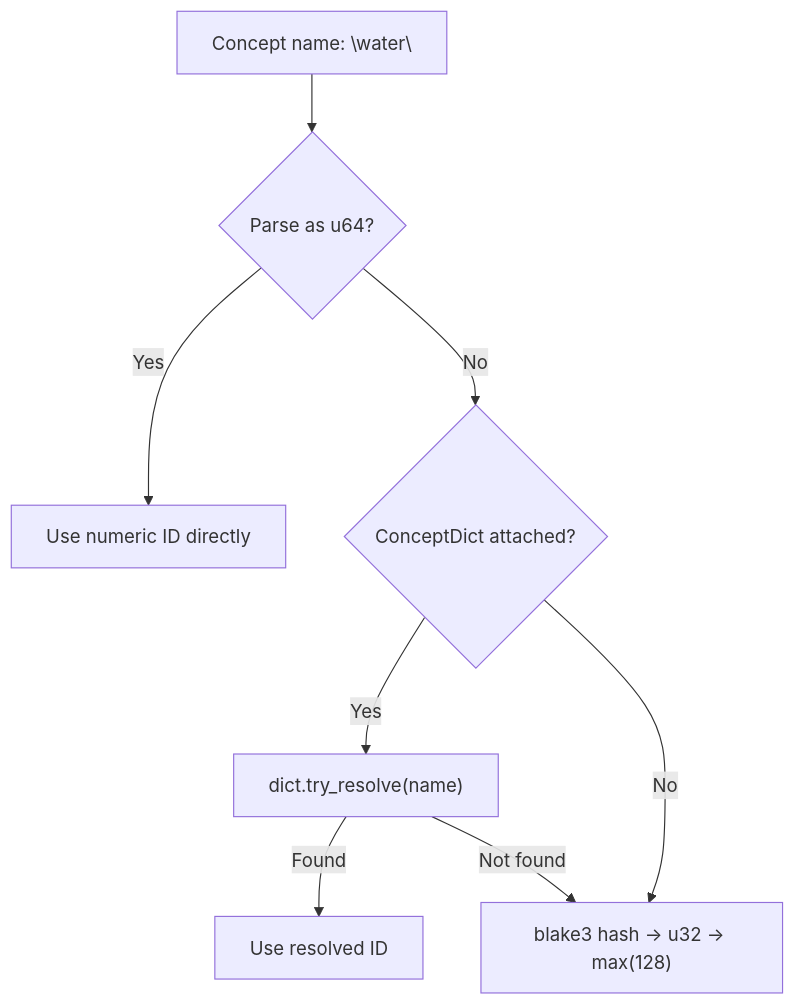
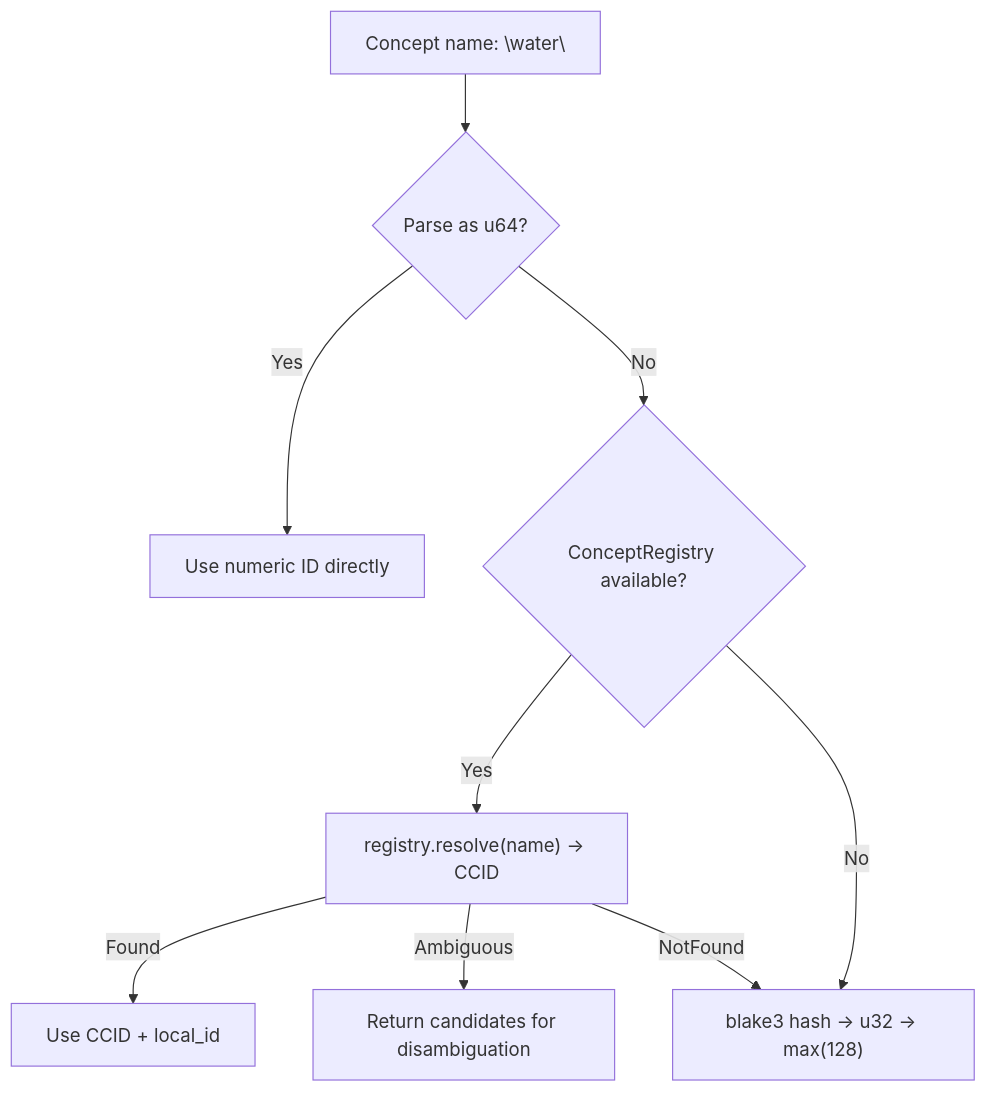
One commit to shpy2001gemi/OneBrain changed the third of 3 diagrams in docs/specs/KQL_SPEC.md. Above: the diagram before and after it, drawn with Mermaid. The commit also changed other lines of this file and 76 other files, not shown here.

````diff
--- a/docs/specs/KQL_SPEC.md
+++ b/docs/specs/KQL_SPEC.md
@@ -917,10 +929,11 @@
 ```mermaid
 flowchart TD
     A["Concept name: \"water\""] --> B{"Parse as u64?"}
     B -->|Yes| C["Use numeric ID directly"]
-    B -->|No| D{"ConceptDict attached?"}
-    D -->|Yes| E["dict.try_resolve(name)"]
-    E -->|Found| F["Use resolved ID"]
-    E -->|Not found| G["blake3 hash → u32 → max(128)"]
+    B -->|No| D{"ConceptRegistry available?"}
+    D -->|Yes| E["registry.resolve(name) → CCID"]
+    E -->|Found| F["Use CCID + local_id"]
+    E -->|Ambiguous| F2["Return candidates for disambiguation"]
+    E -->|NotFound| G["blake3 hash → u32 → max(128)"]
     D -->|No| G
 ```
````
